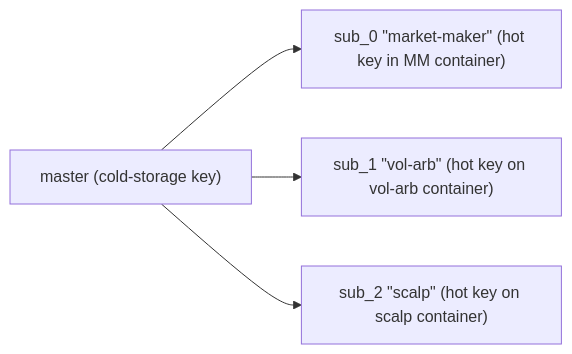
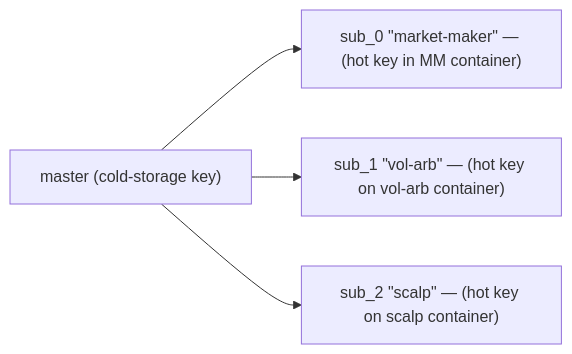
One commit to mtf-exchange/metaflux-knowledges changed the fifth of 8 diagrams in docs/concepts/sub-accounts.md. Above: the diagram before and after it, drawn with Mermaid. The commit also changed other lines of this file and 176 other files, not shown here.

First line of the commit message:
docs: split info by product, fix mermaid, drop sprint/diff wording, faster builds

````diff
--- a/docs/concepts/sub-accounts.md
+++ b/docs/concepts/sub-accounts.md
@@ -193,10 +193,10 @@
 ```mermaid
 flowchart LR
     master["master (cold-storage key)"]
-    sub0["sub_0 &quot;market-maker&quot; (hot key in MM container)"]
-    sub1["sub_1 &quot;vol-arb&quot; (hot key on vol-arb container)"]
-    sub2["sub_2 &quot;scalp&quot; (hot key on scalp container)"]
+    sub0["sub_0 &quot;market-maker&quot — (hot key in MM container)"]
+    sub1["sub_1 &quot;vol-arb&quot — (hot key on vol-arb container)"]
+    sub2["sub_2 &quot;scalp&quot — (hot key on scalp container)"]
     master --> sub0
     master --> sub1
     master --> sub2
 ```
````
